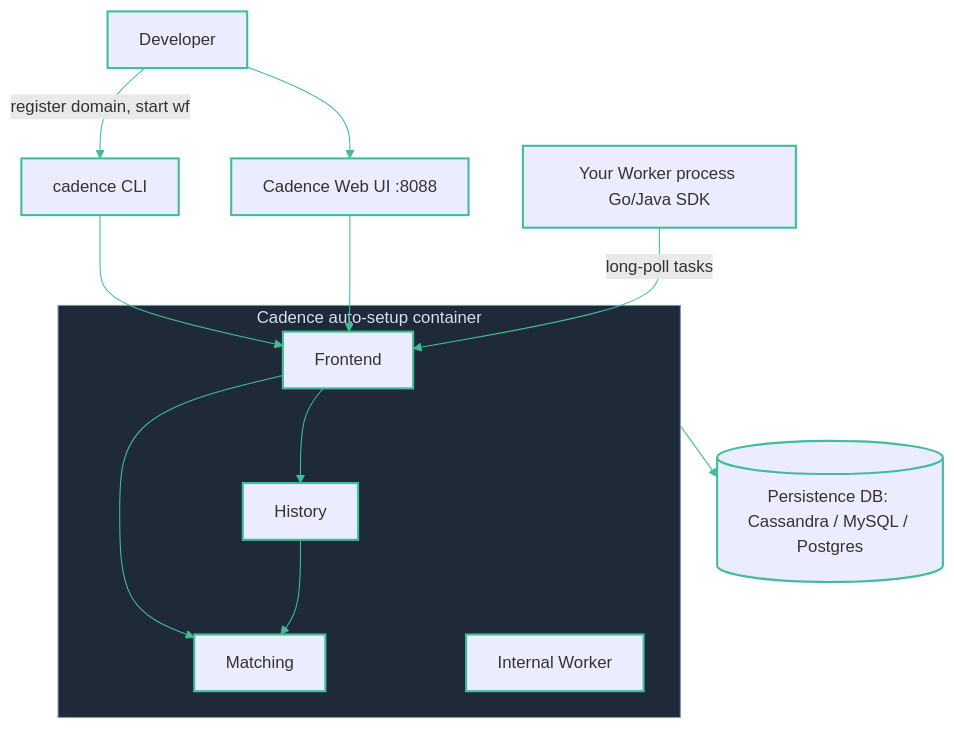
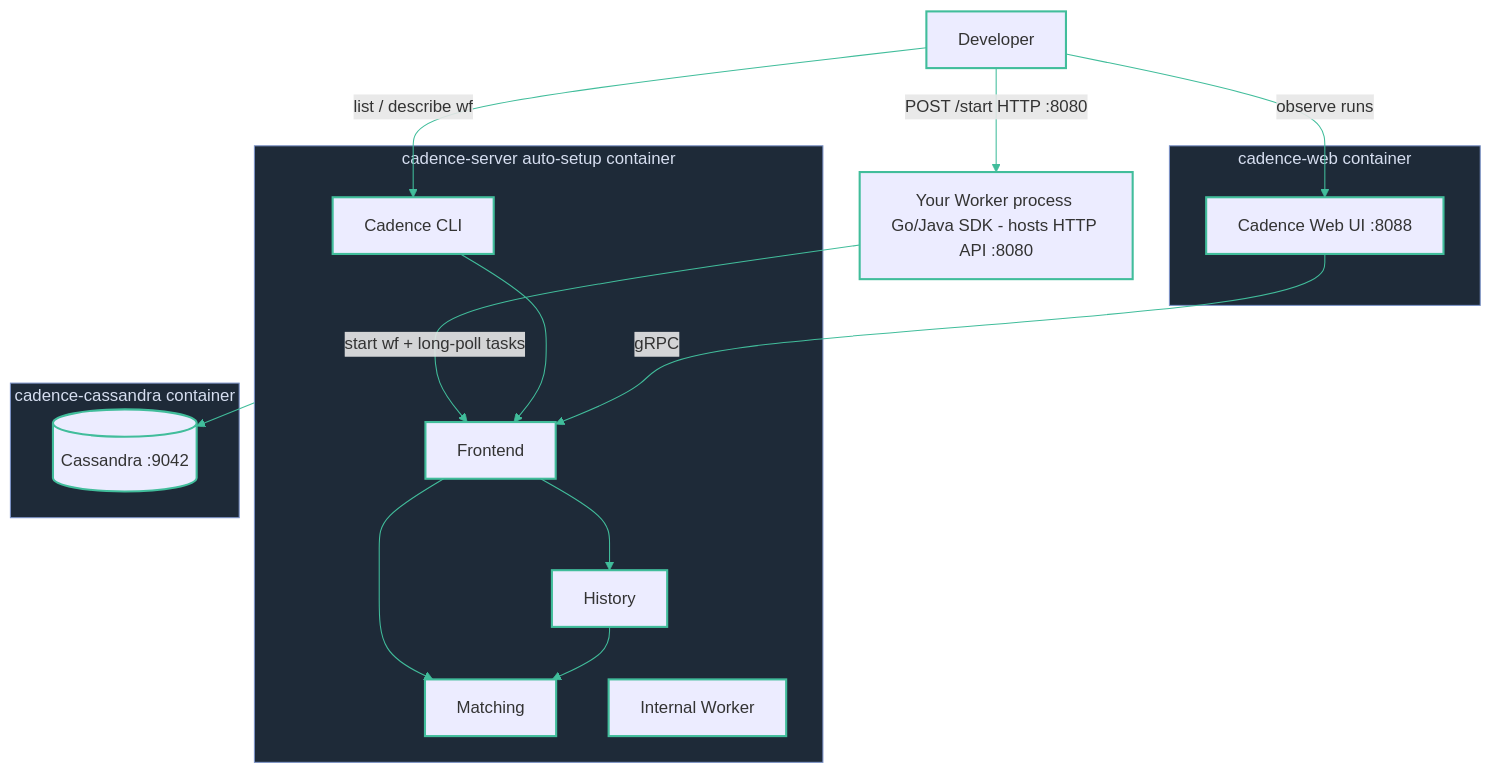
One commit to diagrid-labs/durable-execution-battle changed the diagram in slides/05-demo/02-cadence-diagram.md. Above: the diagram before and after it, drawn with Mermaid. The commit also changed other lines of this file and 10 other files, not shown here.

Commit message:
Update flow and diagrams

````diff
--- a/slides/05-demo/02-cadence-diagram.md
+++ b/slides/05-demo/02-cadence-diagram.md
@@ -3,18 +3,33 @@
 ```mermaid
 graph TD
-  dev[Developer] -->|register domain, start wf| cli[cadence CLI]
-  dev --> ui[Cadence Web UI :8088]
-  cli --> fe
-  ui --> fe
-  subgraph server[Cadence auto-setup container]
+  dev[Developer]
+  dev -->|POST /start HTTP :8080| worker
+  dev -->|list / describe wf| cli
+  dev -->|observe runs| ui
+
+  worker[Your Worker process Go/Java SDK - hosts HTTP API :8080] -->|start wf + long-poll tasks| fe
+
+  subgraph server[cadence-server auto-setup container]
+    cli[Cadence CLI] --> fe
     fe[Frontend] --> hist[History]
     fe --> match[Matching]
     hist --> match
     iw[Internal Worker]
   end
-  worker[Your Worker process Go/Java SDK] -->|long-poll tasks| fe
-  server --> db[(Persistence DB: Cassandra / MySQL / Postgres)]
+
+  subgraph web[cadence-web container]
+    ui[Cadence Web UI :8088]
+  end
+  ui -->|gRPC| fe
+
+  subgraph cass[cadence-cassandra container]
+    db[(Cassandra :9042)]
+  end
+  server --> db
+
   classDef default stroke:#41bd9b,stroke-width:2px
   linkStyle default stroke:#41bd9b,stroke-width:1px
   style server fill:#1e2a38,stroke:#7c93c7,stroke-width:1px,color:#d6def0
+  style web fill:#1e2a38,stroke:#7c93c7,stroke-width:1px,color:#d6def0
+  style cass fill:#1e2a38,stroke:#7c93c7,stroke-width:1px,color:#d6def0
 ```
````
